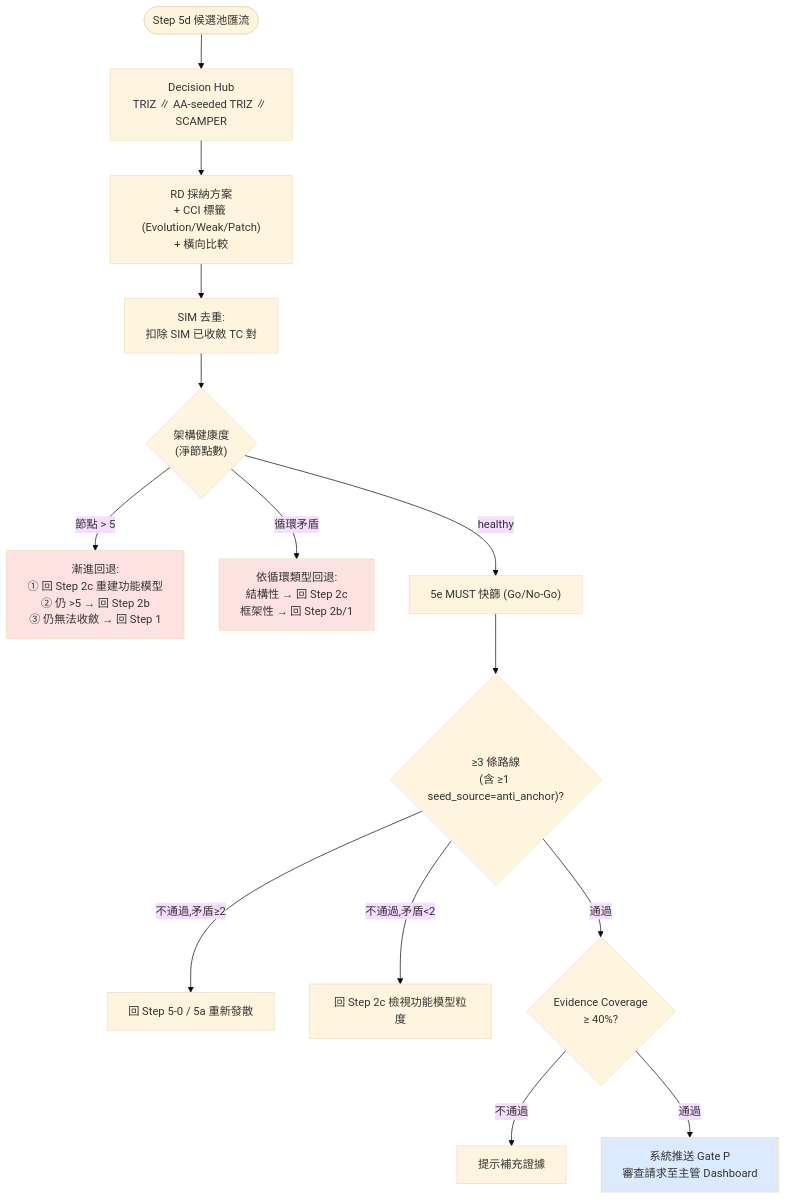
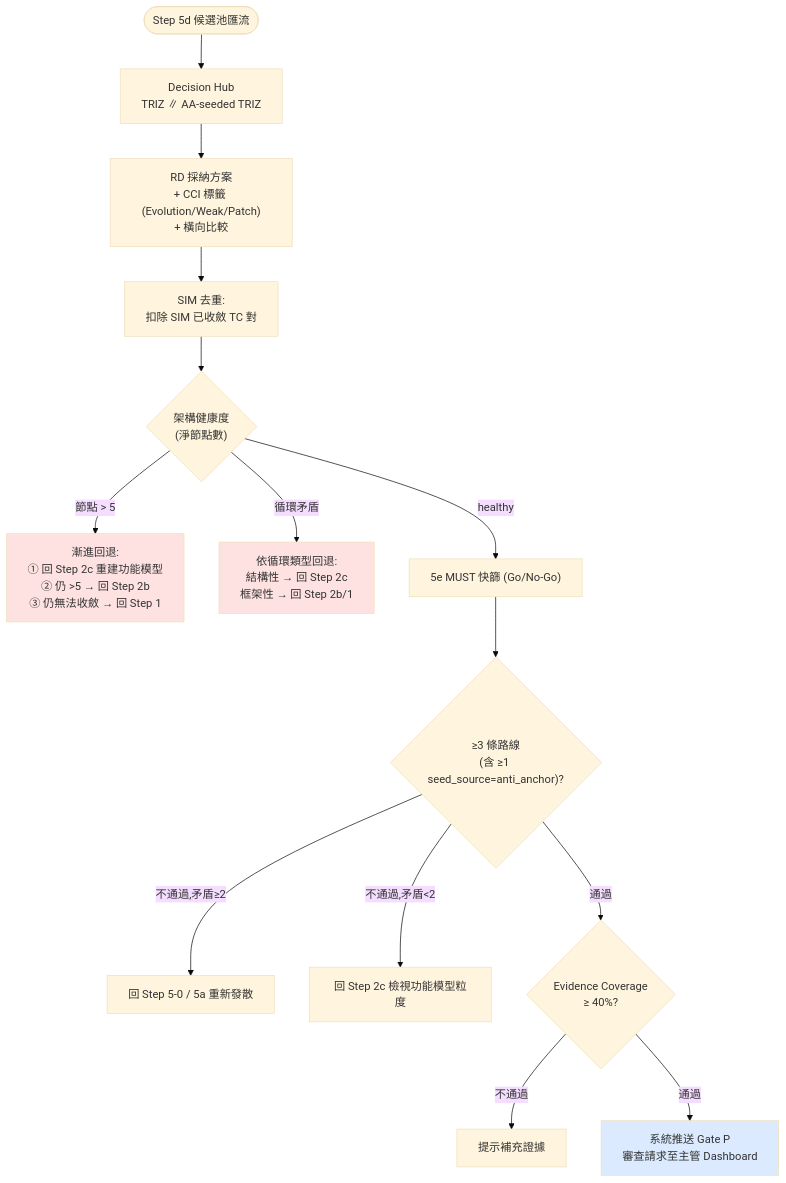
Before and after one commit to Zenobia0000/RD_copilot_system: the fourth of 5 diagrams in docs/01-define/E3--system-interaction-flow.md, drawn with Mermaid (base theme). The commit also changed other lines of this file and 77 other files, not shown here.

First line of the commit message:
refactor: SCAMPER 移除 — 7 動作為 TRIZ 40 原理子集 (v9)

````diff
--- a/docs/01-define/E3--system-interaction-flow.md
+++ b/docs/01-define/E3--system-interaction-flow.md
@@ -254,22 +254,22 @@
 ```mermaid
 flowchart TD
-    Start(["Step 5d 候選池匯流"]) --> Hub["Decision Hub<br/>TRIZ ∥ AA-seeded TRIZ ∥ SCAMPER"]
+    Start(["Step 5d 候選池匯流"]) --> Hub["Decision Hub<br/>TRIZ ∥ AA-seeded TRIZ"]
     Hub --> Adopt["RD 採納方案<br/>+ CCI 標籤 (Evolution/Weak/Patch)<br/>+ 橫向比較"]
 
     Adopt --> SimDedup["SIM 去重:<br/>扣除 SIM 已收斂 TC 對"]
     SimDedup --> Heat{"架構健康度<br/>(淨節點數)"}
     Heat -->|節點 > 5| Halt1["漸進回退:<br/>① 回 Step 2c 重建功能模型<br/>② 仍 >5 → 回 Step 2b<br/>③ 仍無法收斂 → 回 Step 1"]
     Heat -->|循環矛盾| Halt2["依循環類型回退:<br/>結構性 → 回 Step 2c<br/>框架性 → 回 Step 2b/1"]
     Heat -->|healthy| MUST["5e MUST 快篩 (Go/No-Go)"]
 
     MUST --> RouteCheck{"≥3 條路線<br/>(含 ≥1 seed_source=anti_anchor)?"}
     RouteCheck -->|不通過,矛盾≥2| Back["回 Step 5-0 / 5a 重新發散"]
     RouteCheck -->|不通過,矛盾<2| Back2["回 Step 2c 檢視功能模型粒度"]
     RouteCheck -->|通過| EvCheck{"Evidence Coverage<br/>≥ 40%?"}
     EvCheck -->|不通過| BackEv["提示補充證據"]
     EvCheck -->|通過| Notify["系統推送 Gate P<br/>審查請求至主管 Dashboard"]
 
     style Halt1 fill:#FEE2E2
     style Halt2 fill:#FEE2E2
     style Notify fill:#DBEAFE
 ```
````
